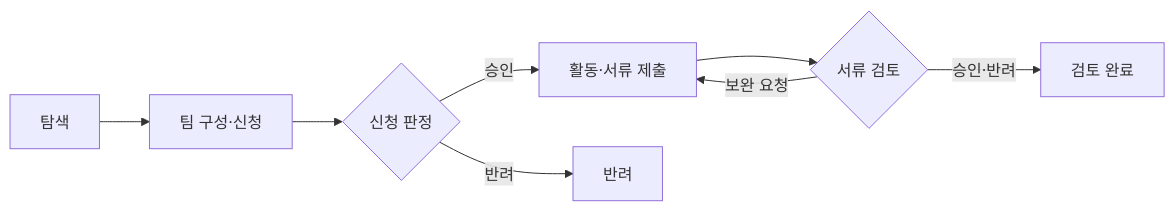
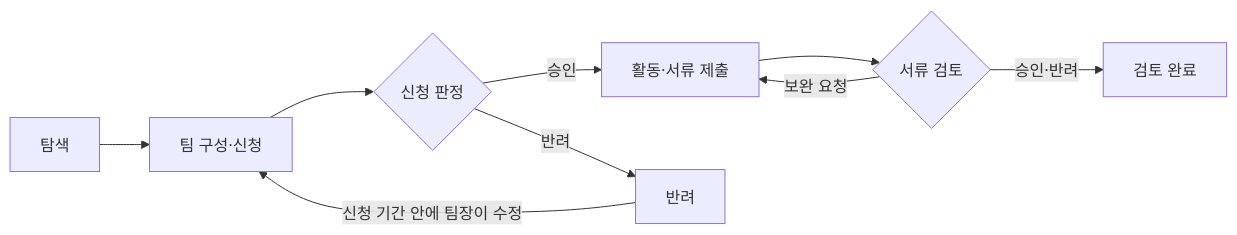
Before and after one commit to JNU-SWCU/oss-hub: the first of 2 diagrams in README.md, drawn with Mermaid. The commit also changed other lines of this file and 1 other file, not shown here.

````diff
--- a/README.md
+++ b/README.md
@@ -83,10 +83,11 @@
 ```mermaid
 flowchart LR
   Explore[탐색] --> Apply[팀 구성·신청]
   Apply --> Decision{신청 판정}
   Decision -->|승인| Work[활동·서류 제출]
   Decision -->|반려| Rejected[반려]
+  Rejected -->|신청 기간 안에 팀장이 수정| Apply
   Work --> Review{서류 검토}
   Review -->|보완 요청| Work
   Review -->|승인·반려| Done[검토 완료]
 ```
````
